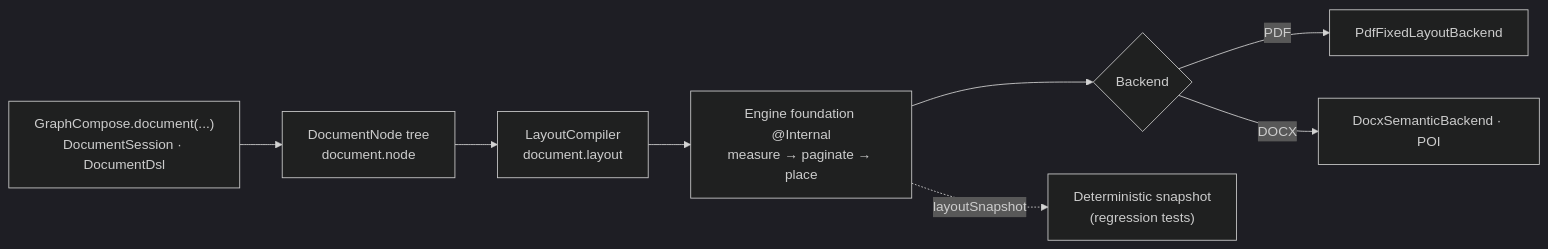
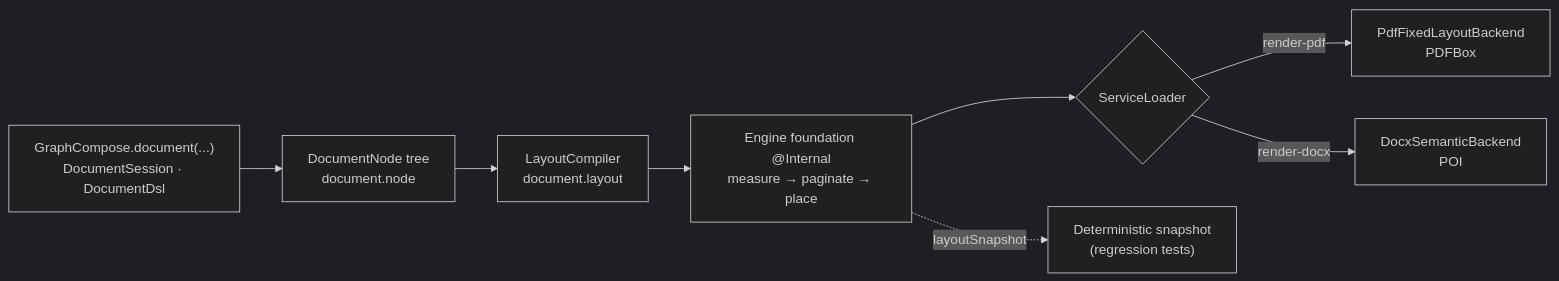
One commit to DemchaAV/GraphCompose changed the diagram in README.md. Above: the diagram before and after it, drawn with Mermaid (dark theme). The commit also changed other lines of this file and 1 other file, not shown here.

````diff
--- a/README.md
+++ b/README.md
@@ -291,10 +262,10 @@
 ```mermaid
 flowchart LR
     A["GraphCompose.document(...)<br/>DocumentSession · DocumentDsl"] --> B["DocumentNode tree<br/>document.node"]
     B --> C["LayoutCompiler<br/>document.layout"]
     C --> D["Engine foundation @Internal<br/>measure → paginate → place"]
-    D --> E{Backend}
-    E -->|PDF| F["PdfFixedLayoutBackend"]
-    E -->|DOCX| G["DocxSemanticBackend · POI"]
+    D --> E{ServiceLoader}
+    E -->|render-pdf| F["PdfFixedLayoutBackend<br/>PDFBox"]
+    E -->|render-docx| G["DocxSemanticBackend<br/>POI"]
     D -.->|layoutSnapshot| H["Deterministic snapshot<br/>(regression tests)"]
 ```
````
